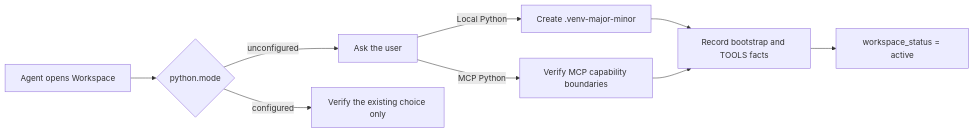
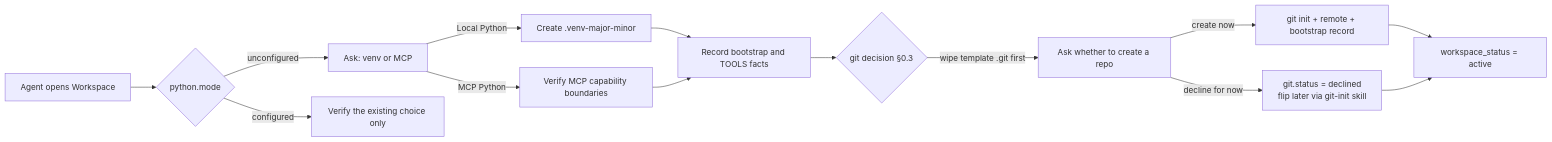
Before and after one commit to KinoluKaslana/WorkspaceTemplate: the diagram in README_EN.md, drawn with Mermaid. The commit also changed other lines of this file and 1 other file, not shown here.

````diff
--- a/README_EN.md
+++ b/README_EN.md
@@ -83,11 +83,16 @@
 ```mermaid
 flowchart LR
     A[Agent opens Workspace] --> B{python.mode}
-    B -->|unconfigured| C[Ask the user]
+    B -->|unconfigured| C[Ask: venv or MCP]
     C -->|Local Python| D[Create .venv-major-minor]
     C -->|MCP Python| E[Verify MCP capability boundaries]
     D --> F[Record bootstrap and TOOLS facts]
     E --> F
-    F --> G[workspace_status = active]
-    B -->|configured| H[Verify the existing choice only]
+    F --> G{git decision §0.3}
+    G -->|wipe template .git first| H[Ask whether to create a repo]
+    H -->|create now| I[git init + remote + bootstrap record]
+    H -->|decline for now| J[git.status = declined<br>flip later via git-init skill]
+    I --> K[workspace_status = active]
+    J --> K
+    B -->|configured| L[Verify the existing choice only]
 ```
````
